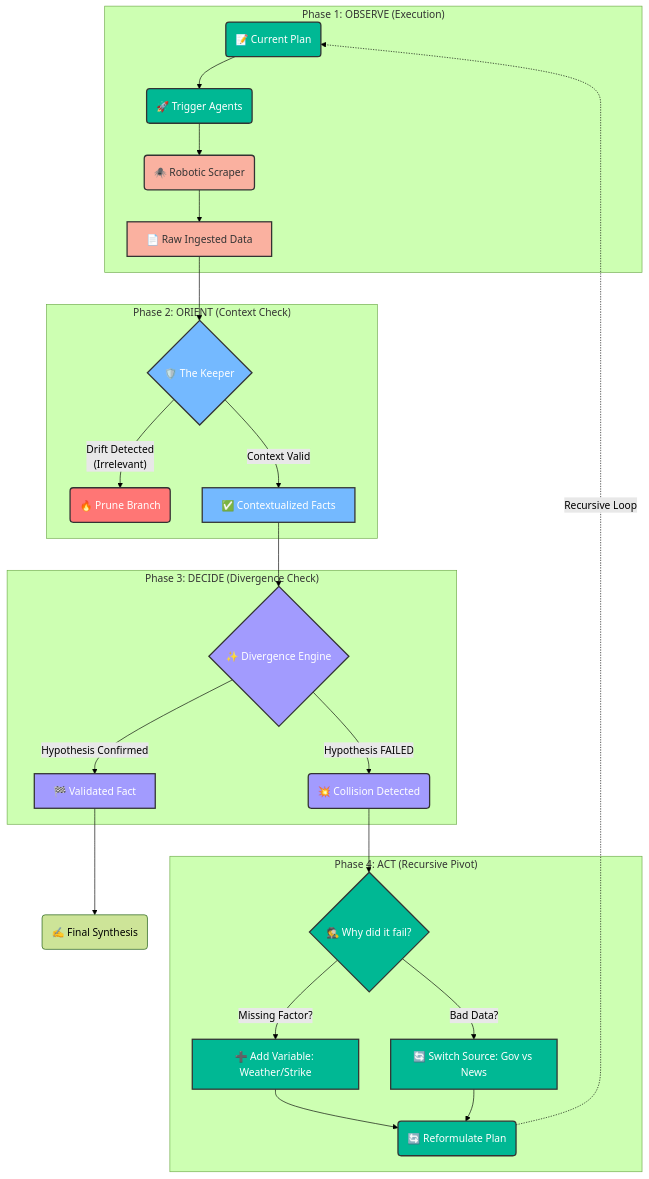
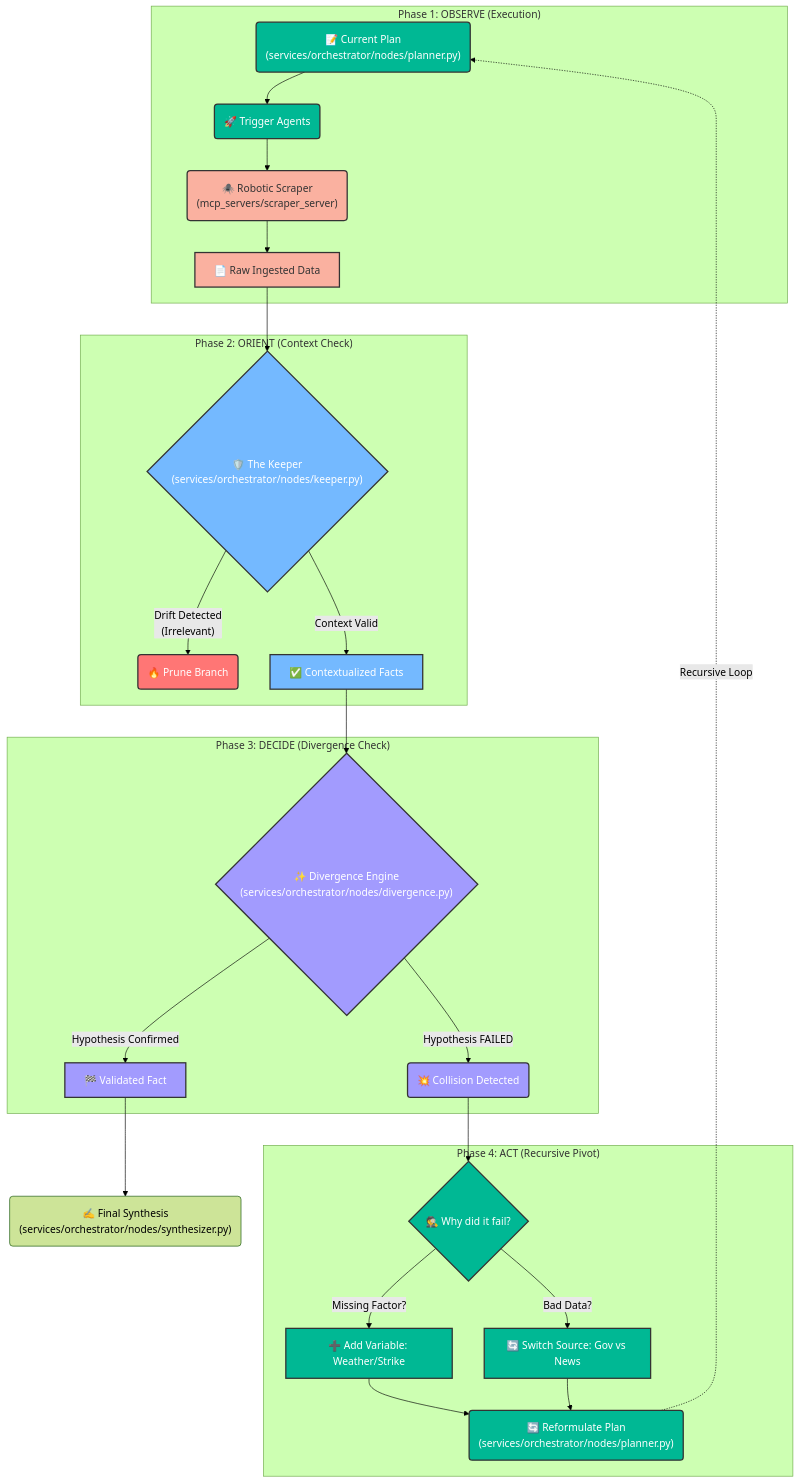
One commit to azzindani/Kea changed the eighth of 16 diagrams in README.md. Above: the diagram before and after it, drawn with Mermaid (forest theme). The commit also changed other lines of this file, not shown here.

Commit message:
docs: Add file path references to Mermaid diagrams in README.md for improved clarity.

``````diff
--- a/README.md
+++ b/README.md
@@ -681,46 +681,45 @@
 ```mermaid
 graph TD
     %% --- STYLES ---
     classDef observe fill:#fab1a0,stroke:#333,stroke-width:2px,color:#333;
     classDef orient fill:#74b9ff,stroke:#333,stroke-width:2px,color:#fff;
     classDef decide fill:#a29bfe,stroke:#333,stroke-width:2px,color:#fff;
     classDef act fill:#00b894,stroke:#333,stroke-width:2px,color:#fff;
     classDef fail fill:#ff7675,stroke:#333,stroke-width:2px,color:#fff;
 
     %% --- 1. OBSERVE (The Senses) ---
     subgraph Phase1 ["Phase 1: OBSERVE (Execution)"]
-        Planner("📝 Current Plan"):::act --> Trigger("🚀 Trigger Agents"):::act
-        Trigger --> Scraper("🕷️ Robotic Scraper"):::observe
+        Planner("📝 Current Plan<br/>(services/orchestrator/nodes/planner.py)"):::act --> Trigger("🚀 Trigger Agents"):::act
+        Trigger --> Scraper("🕷️ Robotic Scraper<br/>(mcp_servers/scraper_server)"):::observe
         Scraper --> RawData["📄 Raw Ingested Data"]:::observe
     end
 
     %% --- 2. ORIENT (The Context) ---
     subgraph Phase2 ["Phase 2: ORIENT (Context Check)"]
-        RawData --> Keeper{"🛡️ The Keeper"}:::orient
+        RawData --> Keeper{"🛡️ The Keeper<br/>(services/orchestrator/nodes/keeper.py)"}:::orient
         Keeper --"Drift Detected<br/>(Irrelevant)"--> Incinerator("🔥 Prune Branch"):::fail
         Keeper --"Context Valid"--> ContextData["✅ Contextualized Facts"]:::orient
     end
 
     %% --- 3. DECIDE (The Hypothesis) ---
     subgraph Phase3 ["Phase 3: DECIDE (Divergence Check)"]
-        ContextData --> Divergence{"✨ Divergence Engine"}:::decide
+        ContextData --> Divergence{"✨ Divergence Engine<br/>(services/orchestrator/nodes/divergence.py)"}:::decide
         Divergence --"Hypothesis Confirmed"--> Success["🏁 Validated Fact"]:::decide
         Divergence --"Hypothesis FAILED"--> Collision("💥 Collision Detected"):::decide
     end
 
     %% --- 4. ACT (The Pivot) ---
     subgraph Phase4 ["Phase 4: ACT (Recursive Pivot)"]
         Collision --> Abductive{"🕵️ Why did it fail?"}:::act
         
         Abductive --"Missing Factor?"--> NewFactor["➕ Add Variable: Weather/Strike"]:::act
         Abductive --"Bad Data?"--> NewSource["🔄 Switch Source: Gov vs News"]:::act
         
-        NewFactor --> RePlan("🔄 Reformulate Plan"):::act
+        NewFactor --> RePlan("🔄 Reformulate Plan<br/>(services/orchestrator/nodes/planner.py)"):::act
         NewSource --> RePlan
     end
 
     %% --- THE LOOP ---
     RePlan -.->|Recursive Loop| Planner
-    Success --> Synthesizer("✍️ Final Synthesis")
-
-```
+    Success --> Synthesizer("✍️ Final Synthesis<br/>(services/orchestrator/nodes/synthesizer.py)")
+`````
``````
